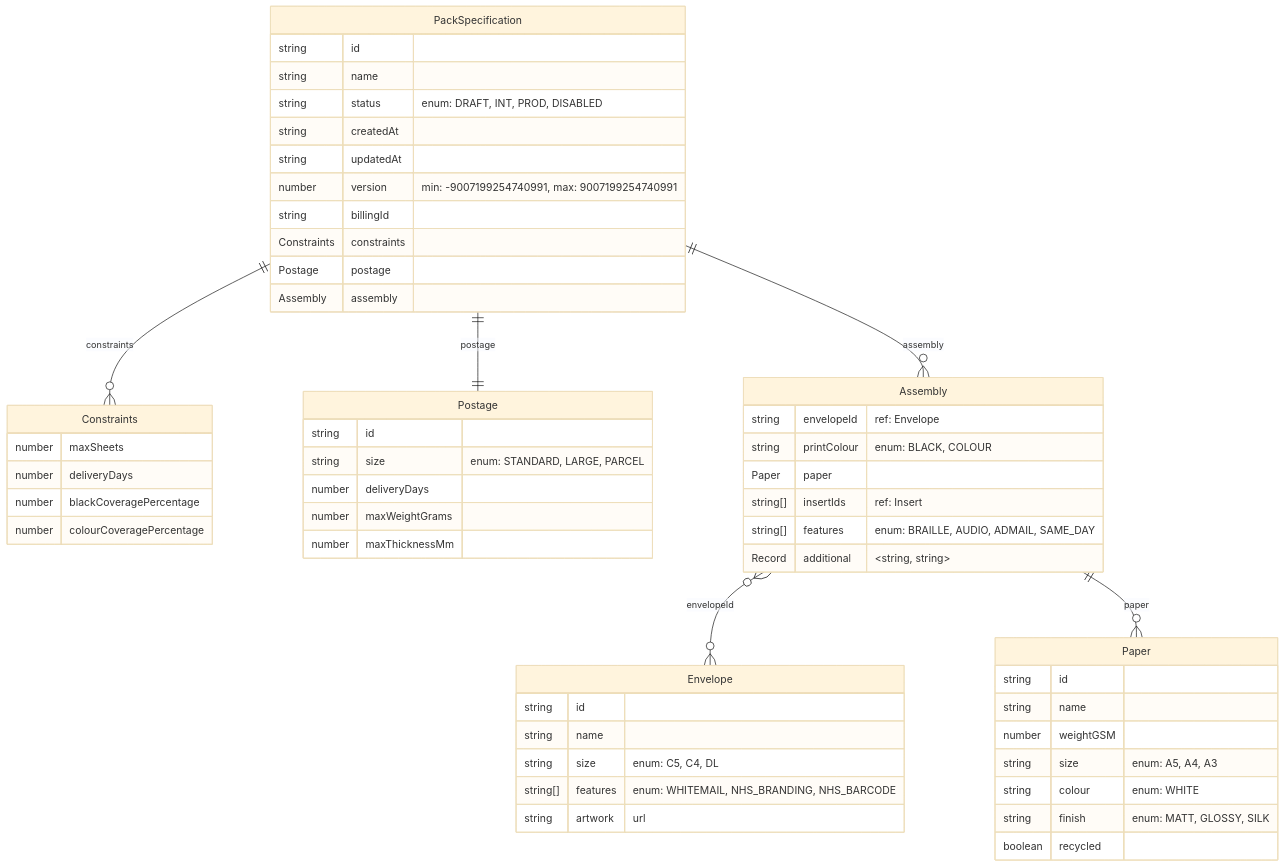
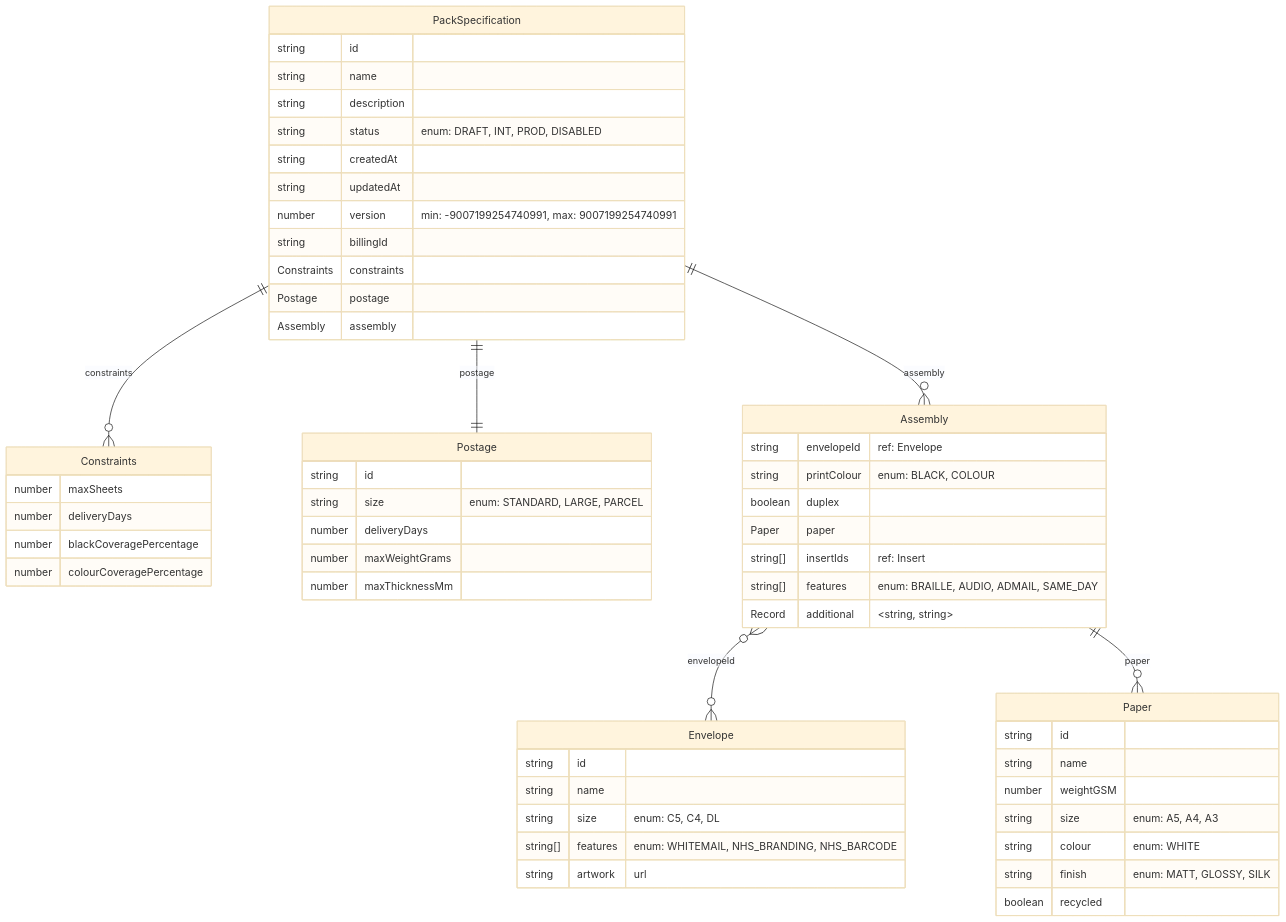
The third of 5 diagrams in packages/events/src/domain/erd.md (uk-gov-mirror/nhsdigital.nhs-notify-supplier-config), drawn with Mermaid (base theme) before and after one commit. The commit also changed other lines of this file and 1 other file, not shown here.

Commit message:
Add ATTACHMENT type to PackSpecification $Insert schema

````diff
--- a/packages/events/src/domain/erd.md
+++ b/packages/events/src/domain/erd.md
@@ -160,57 +162,59 @@
 ```mermaid
 erDiagram
     PackSpecification {
         string id
         string name
+        string description
         string status "enum: DRAFT, INT, PROD, DISABLED"
         string createdAt
         string updatedAt
         number version "min: -9007199254740991, max: 9007199254740991"
         string billingId
         Constraints constraints
         Postage postage
         Assembly assembly
     }
     Constraints {
         number maxSheets
         number deliveryDays
         number blackCoveragePercentage
         number colourCoveragePercentage
     }
     Postage {
         string id
         string size "enum: STANDARD, LARGE, PARCEL"
         number deliveryDays
         number maxWeightGrams
         number maxThicknessMm
     }
     Assembly {
         string envelopeId "ref: Envelope"
         string printColour "enum: BLACK, COLOUR"
+        boolean duplex
         Paper paper
         string[] insertIds "ref: Insert"
         string[] features "enum: BRAILLE, AUDIO, ADMAIL, SAME_DAY"
         Record additional "&lt;string, string&gt;"
     }
     Paper {
         string id
         string name
         number weightGSM
         string size "enum: A5, A4, A3"
         string colour "enum: WHITE"
         string finish "enum: MATT, GLOSSY, SILK"
         boolean recycled
     }
     Envelope {
         string id
         string name
         string size "enum: C5, C4, DL"
         string[] features "enum: WHITEMAIL, NHS_BRANDING, NHS_BARCODE"
         string artwork "url"
     }
     PackSpecification ||--o{ Constraints : "constraints"
     PackSpecification ||--|| Postage : "postage"
     PackSpecification ||--o{ Assembly : "assembly"
     Assembly }o--o{ Envelope : "envelopeId"
     Assembly ||--o{ Paper : "paper"
 ```
````
